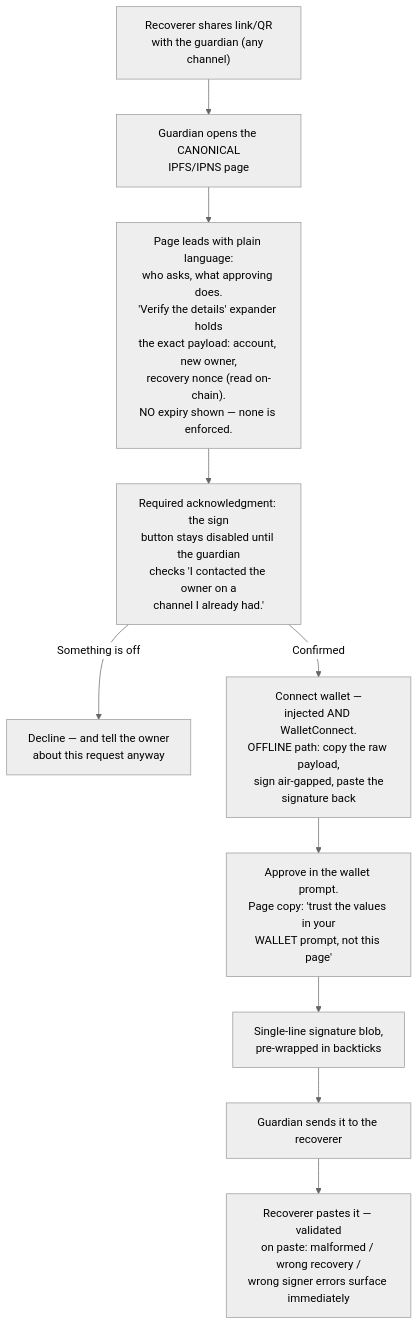
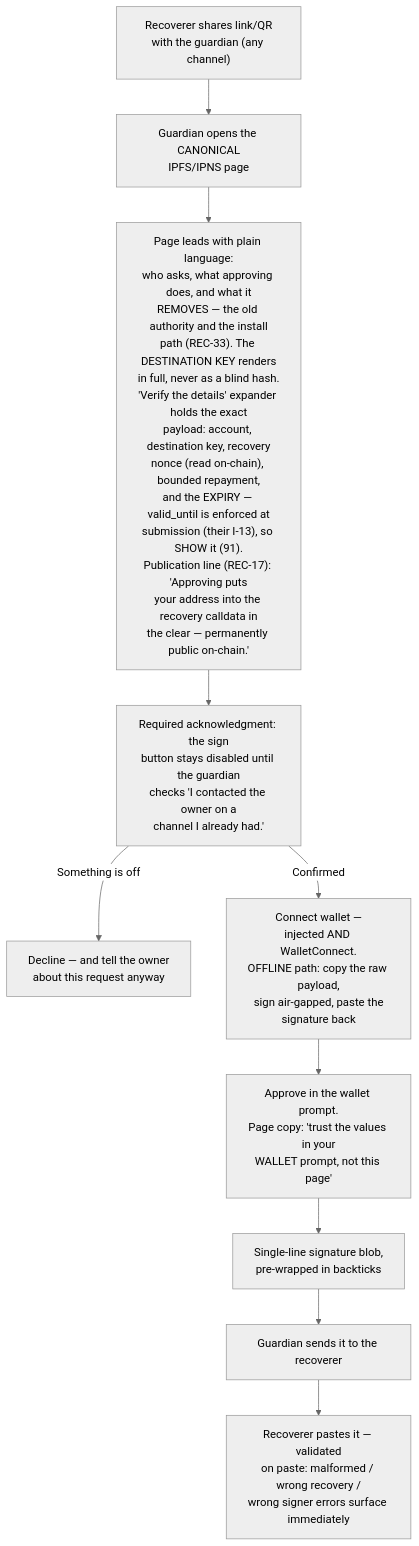
One commit to FiboAtWonder/kohaku-extension changed diagram 11 of 14 in social-recovery-ux-flows.md. Above: the diagram before and after it, drawn with Mermaid (neutral theme). The commit also changed other lines of this file and 5 other files, not shown here.

````diff
--- a/social-recovery-ux-flows.md
+++ b/social-recovery-ux-flows.md
@@ -319,12 +371,12 @@
 ```mermaid
 flowchart TD
     A["Recoverer shares link/QR<br/>with the guardian (any channel)"] --> B["Guardian opens the CANONICAL<br/>IPFS/IPNS page"]
-    B --> C["Page leads with plain language:<br/>who asks, what approving does.<br/>'Verify the details' expander holds<br/>the exact payload: account, new owner,<br/>recovery nonce (read on-chain).<br/>NO expiry shown — none is enforced."]
+    B --> C["Page leads with plain language:<br/>who asks, what approving does, and what it<br/>REMOVES — the old authority and the install<br/>path (REC-33). The DESTINATION KEY renders<br/>in full, never as a blind hash.<br/>'Verify the details' expander holds the exact<br/>payload: account, destination key, recovery<br/>nonce (read on-chain), bounded repayment,<br/>and the EXPIRY — valid_until is enforced at<br/>submission (their I-13), so SHOW it (91).<br/>Publication line (REC-17): 'Approving puts<br/>your address into the recovery calldata in<br/>the clear — permanently public on-chain.'"]
     C --> W["Required acknowledgment: the sign<br/>button stays disabled until the guardian<br/>checks 'I contacted the owner on a<br/>channel I already had.'"]
     W -->|Something is off| DE["Decline — and tell the owner<br/>about this request anyway"]
     W -->|Confirmed| D["Connect wallet —<br/>injected AND WalletConnect.<br/>OFFLINE path: copy the raw payload,<br/>sign air-gapped, paste the<br/>signature back"]
     D --> E["Approve in the wallet prompt.<br/>Page copy: 'trust the values in your<br/>WALLET prompt, not this page'"]
     E --> F["Single-line signature blob,<br/>pre-wrapped in backticks"]
     F --> G[Guardian sends it to the recoverer]
     G --> H["Recoverer pastes it — validated<br/>on paste: malformed / wrong recovery /<br/>wrong signer errors surface immediately"]
 ```
````
